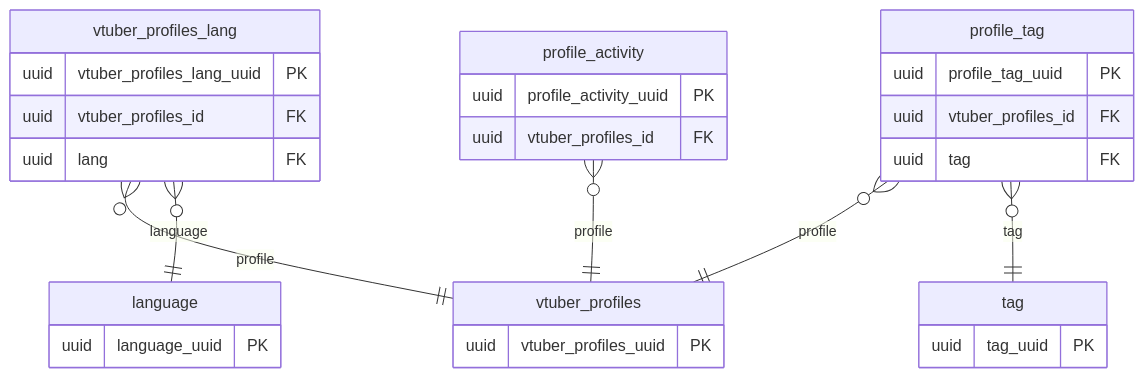
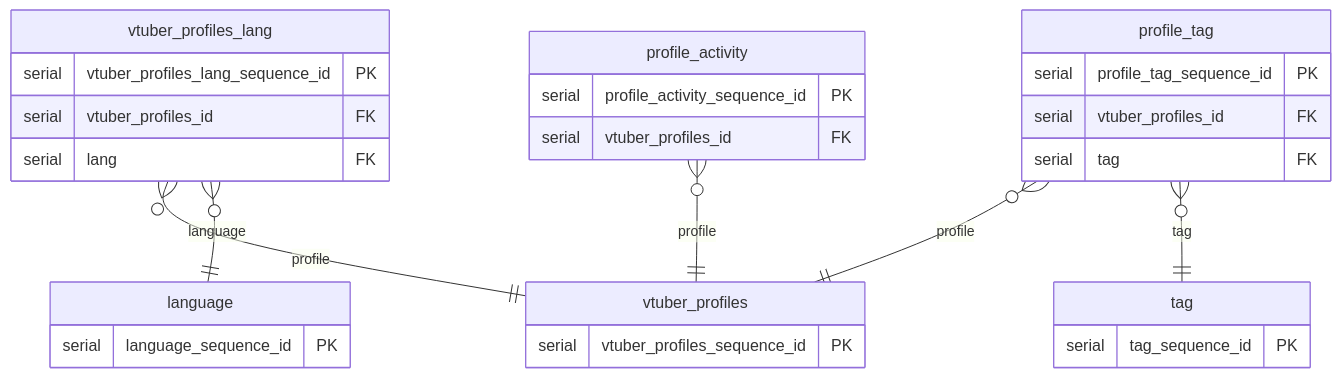
One commit to Soranoana/VtuberMeikan changed the second of 5 diagrams in .design/DB/DB設計_ER図.md. Above: the diagram before and after it, drawn with Mermaid. The commit also changed other lines of this file and 2 other files, not shown here.

````diff
--- a/.design/DB/DB設計_ER図.md
+++ b/.design/DB/DB設計_ER図.md
@@ -67,34 +67,34 @@
 ```mermaid
 erDiagram
     language {
-        uuid language_uuid PK
+        serial language_sequence_id PK
     }
     vtuber_profiles {
-        uuid vtuber_profiles_uuid PK
+        serial vtuber_profiles_sequence_id PK
     }
     vtuber_profiles_lang {
-        uuid vtuber_profiles_lang_uuid PK
-        uuid vtuber_profiles_id FK
-        uuid lang FK
+        serial vtuber_profiles_lang_sequence_id PK
+        serial vtuber_profiles_id FK
+        serial lang FK
     }
     tag {
-        uuid tag_uuid PK
+        serial tag_sequence_id PK
     }
     profile_tag {
-        uuid profile_tag_uuid PK
-        uuid vtuber_profiles_id FK
-        uuid tag FK
+        serial profile_tag_sequence_id PK
+        serial vtuber_profiles_id FK
+        serial tag FK
     }
     profile_activity {
-        uuid profile_activity_uuid PK
-        uuid vtuber_profiles_id FK
+        serial profile_activity_sequence_id PK
+        serial vtuber_profiles_id FK
     }
 
     vtuber_profiles_lang }o--|| vtuber_profiles : profile
     vtuber_profiles_lang }o--|| language : language
 
     profile_tag }o--|| vtuber_profiles : profile
     profile_tag }o--|| tag : tag
 
     profile_activity }o--|| vtuber_profiles : profile
 ```
````
